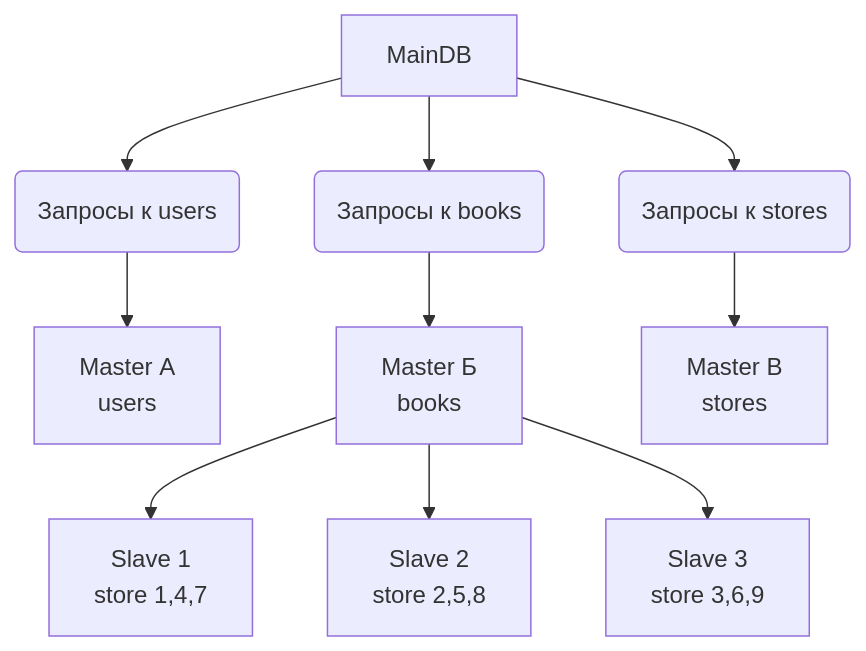
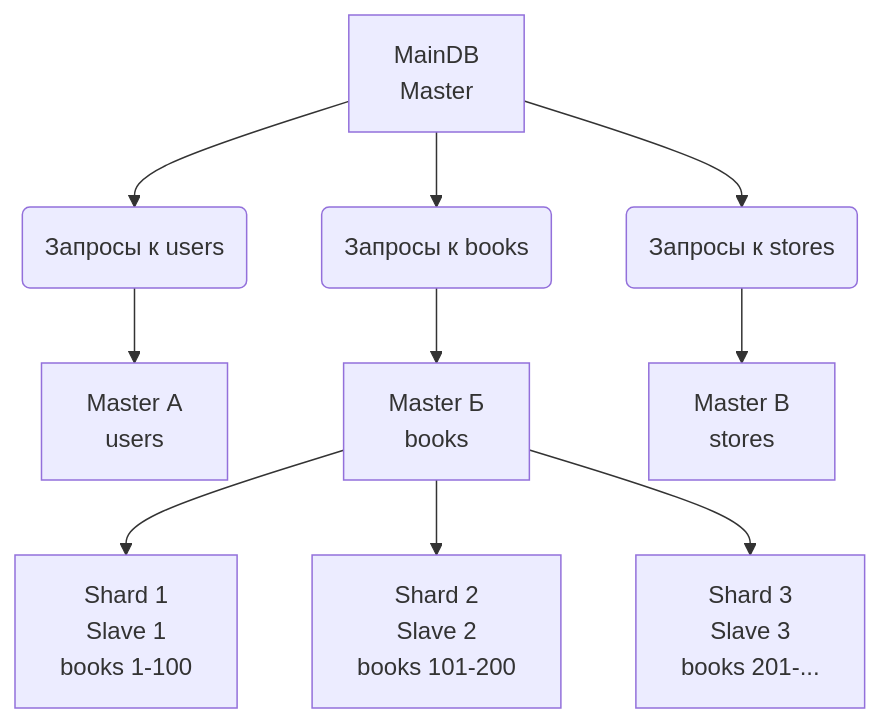
The diagram in README.md (nikitarostorguev8837-alt/sdb-hw-12-07), drawn with Mermaid before and after one commit. The commit also changed other lines of this file, not shown here.

````diff
--- a/README.md
+++ b/README.md
@@ -30,14 +31,14 @@
 ```mermaid
 graph TD
-MainDB[MainDB] --> Users(Запросы к users)
+MainDB[MainDB<br>Master] --> Users(Запросы к users)
 MainDB --> Books(Запросы к books)
 MainDB --> Stores(Запросы к stores)
 
 Users --> Master1[Master А<br>users]
 Books --> Master2[Master Б<br>books]
 Stores --> Master3[Master В<br>stores]
 
-Master2 --> Slave1[Slave 1<br>store 1,4,7]
-Master2 --> Slave2[Slave 2<br>store 2,5,8]
-Master2 --> Slave3[Slave 3<br>store 3,6,9]
+Master2 --> Slave1[Shard 1<br>Slave 1<br>books 1-100]
+Master2 --> Slave2[Shard 2<br>Slave 2<br>books 101-200]
+Master2 --> Slave3[Shard 3<br>Slave 3<br>books 201-...]
 ```
````
